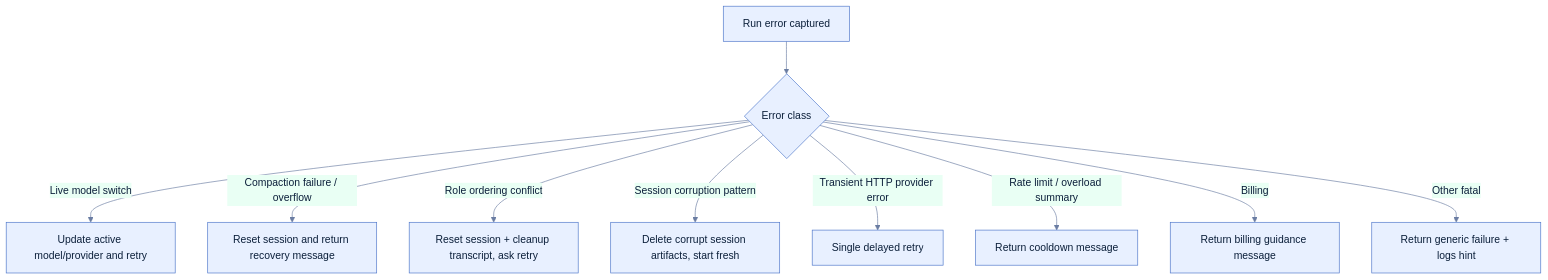
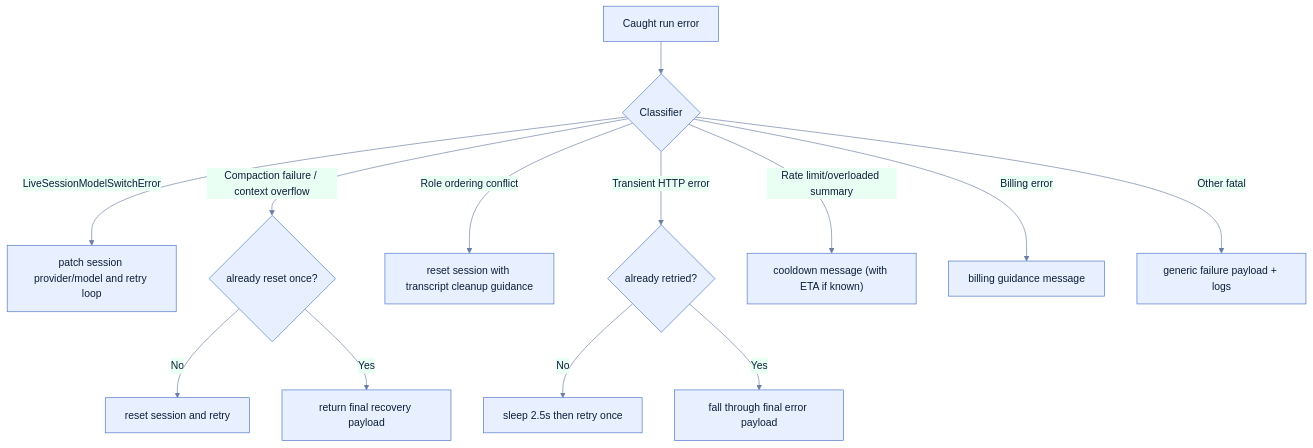
Before and after one commit to louisdevzz/foxfang: the sixth of 6 diagrams in docs/architecture/agent-loop-runtime.md, drawn with Mermaid. The commit also changed other lines of this file and 54 other files, not shown here.

````diff
--- a/docs/architecture/agent-loop-runtime.md
+++ b/docs/architecture/agent-loop-runtime.md
@@ -91,13 +143,16 @@
 ```mermaid
 %%{init: {'theme':'base','themeVariables': {'primaryColor':'#E8F0FF','primaryTextColor':'#0B1F3A','primaryBorderColor':'#4B74C9','lineColor':'#6B7DA3','secondaryColor':'#E9FFF4','tertiaryColor':'#FFF4E6','fontFamily':'Inter, system-ui, sans-serif'}}}%%
 flowchart TD
-    E0["Run error captured"] --> E1{"Error class"}
-    E1 -- "Live model switch" --> E2["Update active model/provider and retry"]
-    E1 -- "Compaction failure / overflow" --> E3["Reset session and return recovery message"]
-    E1 -- "Role ordering conflict" --> E4["Reset session + cleanup transcript, ask retry"]
-    E1 -- "Session corruption pattern" --> E5["Delete corrupt session artifacts, start fresh"]
-    E1 -- "Transient HTTP provider error" --> E6["Single delayed retry"]
-    E1 -- "Rate limit / overload summary" --> E7["Return cooldown message"]
-    E1 -- "Billing" --> E8["Return billing guidance message"]
-    E1 -- "Other fatal" --> E9["Return generic failure + logs hint"]
+    E0["Caught run error"] --> E1{"Classifier"}
+    E1 -- "LiveSessionModelSwitchError" --> E2["patch session provider/model and retry loop"]
+    E1 -- "Compaction failure / context overflow" --> E3{"already reset once?"}
+    E3 -- "No" --> E4["reset session and retry"]
+    E3 -- "Yes" --> E5["return final recovery payload"]
+    E1 -- "Role ordering conflict" --> E6["reset session with transcript cleanup guidance"]
+    E1 -- "Transient HTTP error" --> E7{"already retried?"}
+    E7 -- "No" --> E8["sleep 2.5s then retry once"]
+    E7 -- "Yes" --> E9["fall through final error payload"]
+    E1 -- "Rate limit/overloaded summary" --> E10["cooldown message (with ETA if known)"]
+    E1 -- "Billing error" --> E11["billing guidance message"]
+    E1 -- "Other fatal" --> E12["generic failure payload + logs"]
 ```
````
